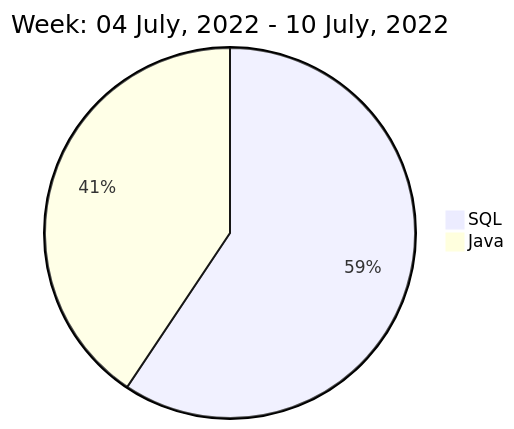
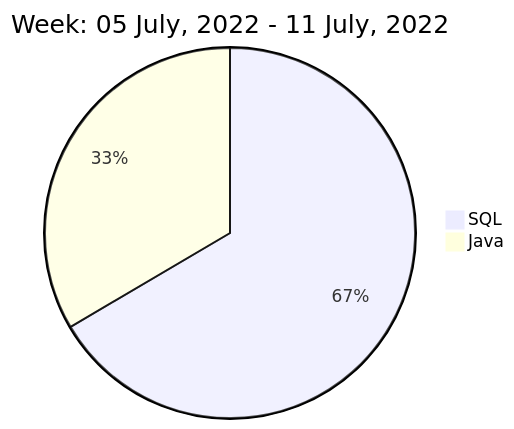
The diagram in README.md (liubin95/liubin95), drawn with Mermaid before and after one commit.

Commit message:
Updated the Graph with new Metrics

````diff
--- a/README.md
+++ b/README.md
@@ -40,6 +40,6 @@
 ```mermaid
  pie
-title Week: 04 July, 2022 - 10 July, 2022
- "SQL" : 2.63
- "Java" : 1.8
+title Week: 05 July, 2022 - 11 July, 2022
+ "SQL" : 3.28
+ "Java" : 1.65
 ```
````
